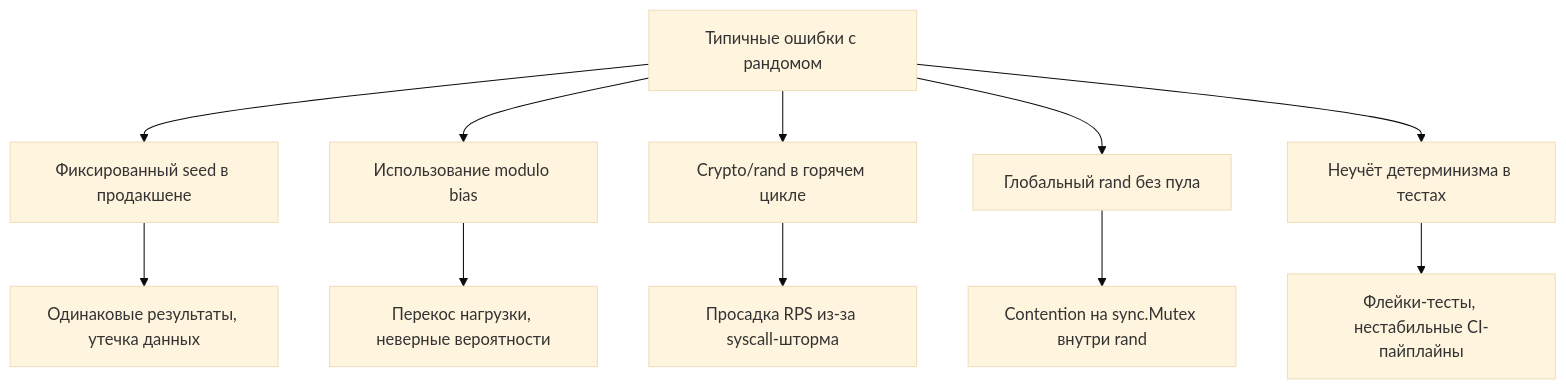
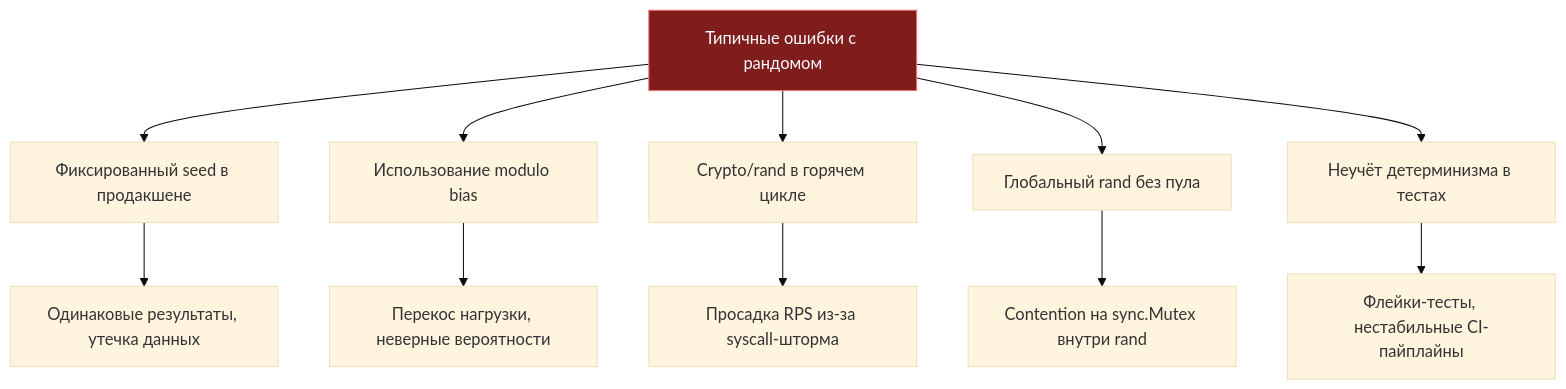
One commit to UnrealTemplier/go-textbook changed the second of 2 diagrams in sources/21. Задачи с LeetCode и собеседований на Go/02. Задачи/27. Рандомизированные алгоритмы/1. Теория. Рандомизированные алгоритмы.md. Above: the diagram before and after it, drawn with Mermaid (base theme). The commit also changed other lines of this file and 1666 other files, not shown here.

First line of the commit message:
feat(mermaid): add semantic color classDef to 1369 colorless flowchart/graph diagrams

````diff
--- a/sources/21. Задачи с LeetCode и собеседований на Go/02. Задачи/27. Рандомизированные алгоритмы/1. Теория. Рандомизированные алгоритмы.md
+++ b/sources/21. Задачи с LeetCode и собеседований на Go/02. Задачи/27. Рандомизированные алгоритмы/1. Теория. Рандомизированные алгоритмы.md
@@ -120,14 +130,24 @@
 ```mermaid
 flowchart TD
-  A["Типичные ошибки с рандомом"] --> B["Фиксированный seed в продакшене"]
+    classDef process  fill:#1e293b,stroke:#38bdf8,stroke-width:1px,color:#f8fafc
+    classDef success  fill:#064e3b,stroke:#34d399,stroke-width:1px,color:#f8fafc
+    classDef error    fill:#7f1d1d,stroke:#f87171,stroke-width:1px,color:#f8fafc
+    classDef warning  fill:#78350f,stroke:#fbbf24,stroke-width:1px,color:#f8fafc
+    classDef entry    fill:#1e3a5f,stroke:#38bdf8,stroke-width:2px,color:#f8fafc
+    classDef aux      fill:#334155,stroke:#64748b,stroke-width:1px,color:#f8fafc
+    classDef system   fill:#312e81,stroke:#a78bfa,stroke-width:1px,color:#f8fafc
+    classDef data     fill:#132d29,stroke:#2dd4bf,stroke-width:1px,color:#f8fafc
+    classDef network  fill:#881337,stroke:#fb7185,stroke-width:1px,color:#f8fafc
+    classDef accent   fill:#1e1b4b,stroke:#818cf8,stroke-width:1px,color:#f8fafc
+  A["Типичные ошибки с рандомом"]:::error --> B["Фиксированный seed в продакшене"]
   A --> C["Использование modulo bias"]
   A --> D["Crypto/rand в горячем цикле"]
   A --> E["Глобальный rand без пула"]
   A --> F["Неучёт детерминизма в тестах"]
   
   B --> G["Одинаковые результаты, утечка данных"]
   C --> H["Перекос нагрузки, неверные вероятности"]
   D --> I["Просадка RPS из-за syscall-шторма"]
   E --> J["Contention на sync.Mutex внутри rand"]
   F --> K["Флейки-тесты, нестабильные CI-пайплайны"]
 ```
````
